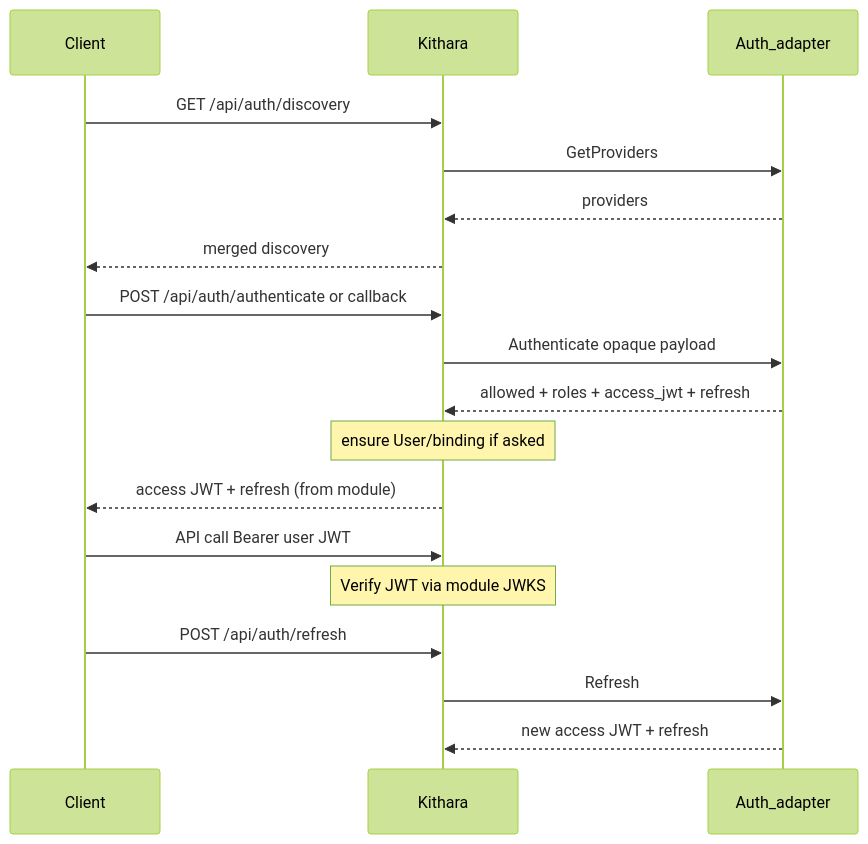
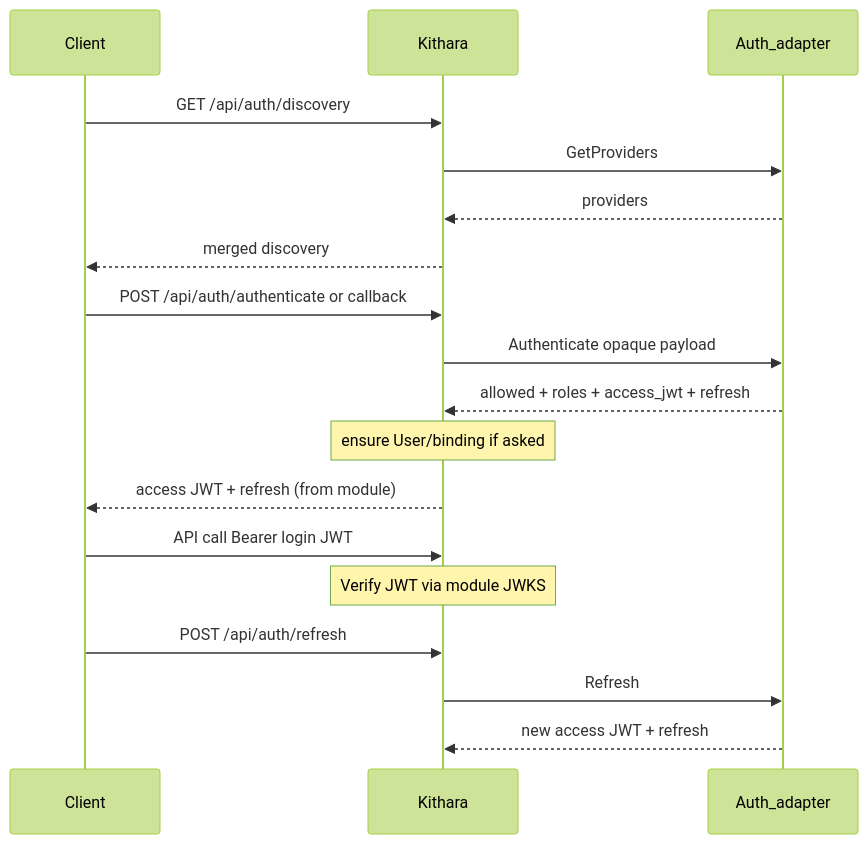
One commit to Bardie-radio/bardie-kithara changed the diagram in docs/architecture/interfaces/auth.md. Above: the diagram before and after it, drawn with Mermaid (forest theme). The commit also changed other lines of this file and 28 other files, not shown here.

````diff
--- a/docs/architecture/interfaces/auth.md
+++ b/docs/architecture/interfaces/auth.md
@@ -14,21 +15,21 @@
 ```mermaid
 sequenceDiagram
   participant Client
   participant Kithara
   participant Adapter as Auth_adapter
 
   Client->>Kithara: GET /api/auth/discovery
   Kithara->>Adapter: GetProviders
   Adapter-->>Kithara: providers
   Kithara-->>Client: merged discovery
   Client->>Kithara: POST /api/auth/authenticate or callback
   Kithara->>Adapter: Authenticate opaque payload
   Adapter-->>Kithara: allowed + roles + access_jwt + refresh
   Note over Kithara: ensure User/binding if asked
   Kithara-->>Client: access JWT + refresh (from module)
-  Client->>Kithara: API call Bearer user JWT
+  Client->>Kithara: API call Bearer login JWT
   Note over Kithara: Verify JWT via module JWKS
   Client->>Kithara: POST /api/auth/refresh
   Kithara->>Adapter: Refresh
   Adapter-->>Kithara: new access JWT + refresh
 ```
````
